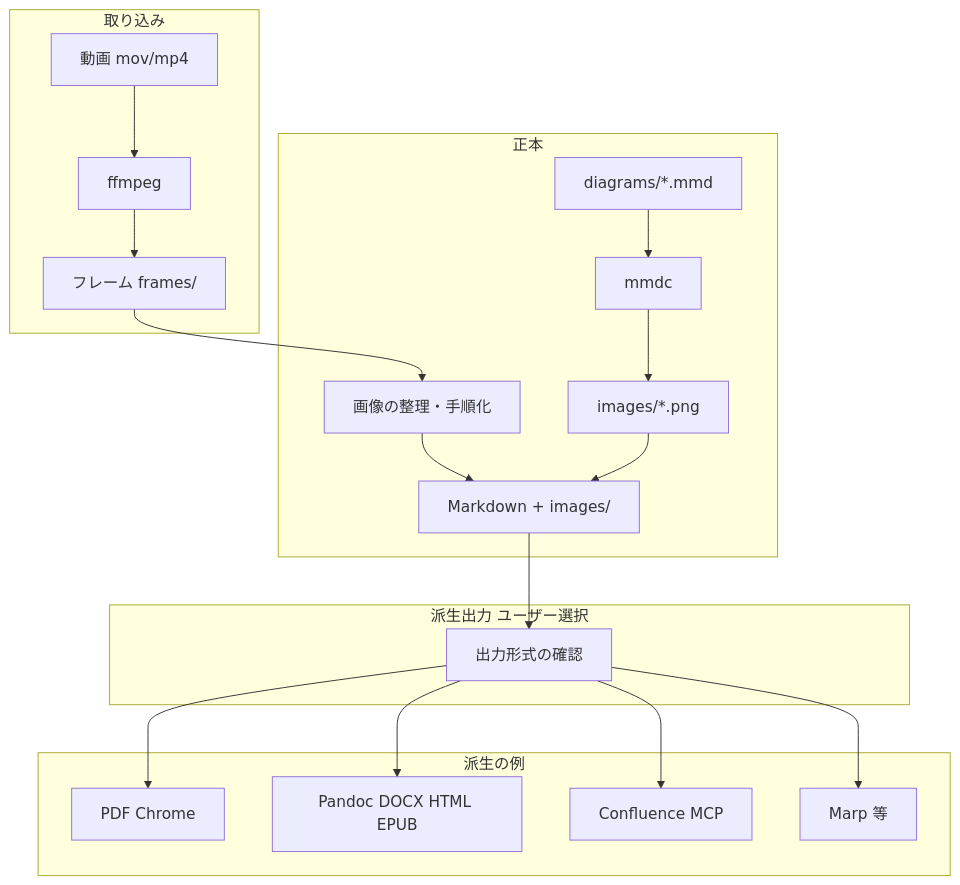
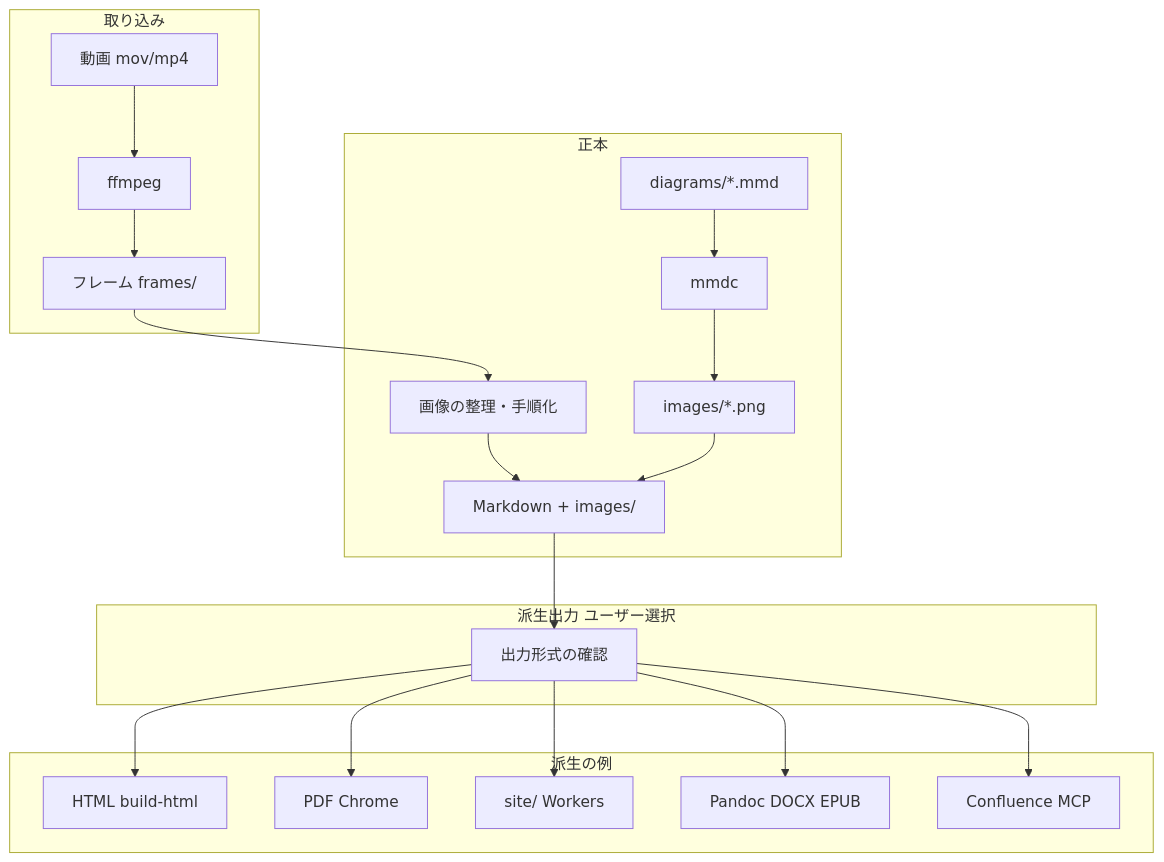
One commit to rossoandoy/mov-to-doc changed the diagram in README.md. Above: the diagram before and after it, drawn with Mermaid. The commit also changed other lines of this file and 9 other files, not shown here.

First line of the commit message:
Add HTML output CLI and Cloudflare Workers deploy workflow.

````diff
--- a/README.md
+++ b/README.md
@@ -63,25 +65,26 @@
 ```mermaid
 flowchart TB
   subgraph ingest["取り込み"]
     V[動画 mov/mp4]
     F[ffmpeg]
     J[フレーム frames/]
     V --> F --> J
   end
   subgraph content["正本"]
     J --> B[画像の整理・手順化]
     B --> MD[Markdown + images/]
     MMD[diagrams/*.mmd] --> mmdc[mmdc]
     mmdc --> PNG[images/*.png]
     PNG --> MD
   end
   subgraph choice["派生出力 ユーザー選択"]
     MD --> ask[出力形式の確認]
   end
   subgraph derivatives["派生の例"]
+    ask --> html[HTML build-html]
     ask --> pdf[PDF Chrome]
-    ask --> pandoc[Pandoc DOCX HTML EPUB]
+    ask --> site[site/ Workers]
+    ask --> pandoc[Pandoc DOCX EPUB]
     ask --> wiki[Confluence MCP]
-    ask --> marp[Marp 等]
   end
 ```
````
